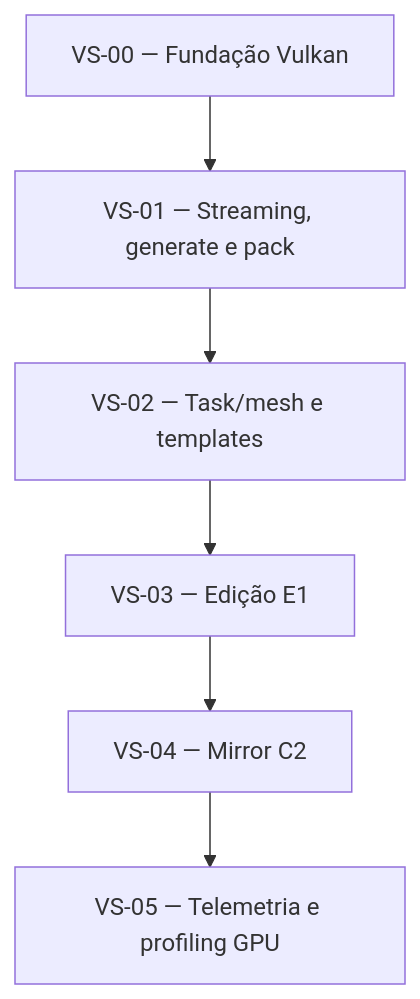
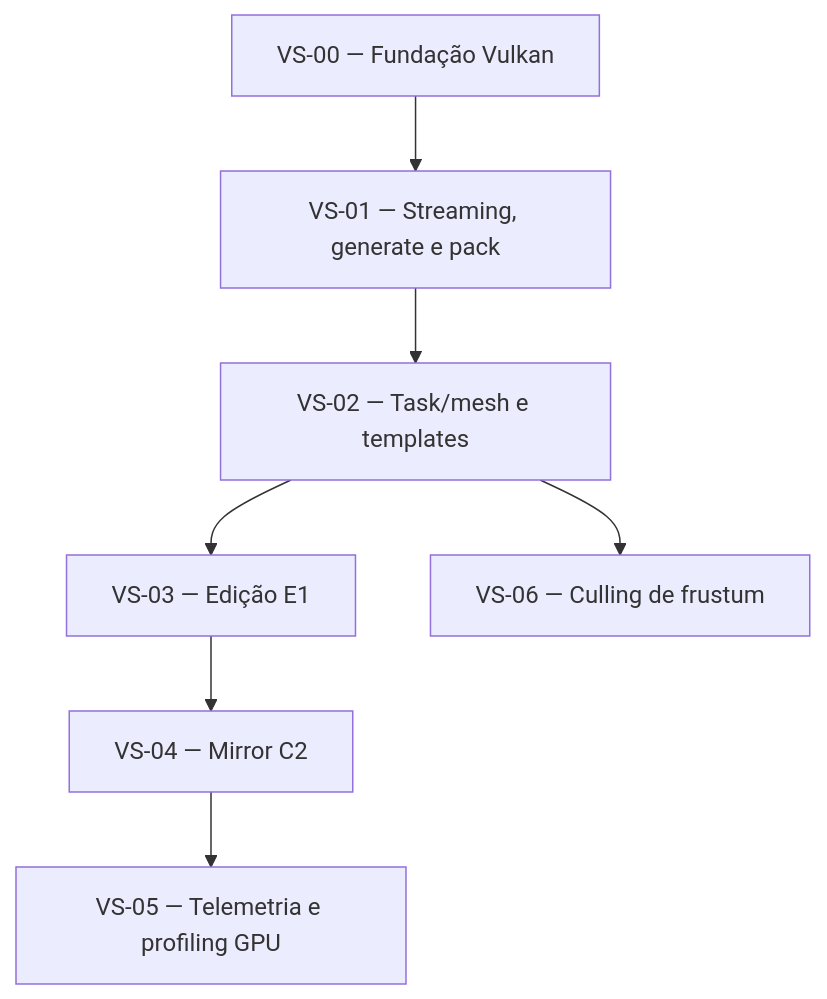
The diagram in docs/obsidian/tracking/dependencias.md (Ruannilton/vox), drawn with Mermaid before and after one commit. The commit also changed other lines of this file and 9 other files, not shown here.

Commit message:
VS-06: culling de frustum por brick no builder

````diff
--- a/docs/obsidian/tracking/dependencias.md
+++ b/docs/obsidian/tracking/dependencias.md
@@ -7,15 +7,17 @@
 ```mermaid
 graph TD
     VS00[VS-00 — Fundação Vulkan]
     VS01[VS-01 — Streaming, generate e pack]
     VS02[VS-02 — Task/mesh e templates]
     VS03[VS-03 — Edição E1]
     VS04[VS-04 — Mirror C2]
     VS05[VS-05 — Telemetria e profiling GPU]
+    VS06[VS-06 — Culling de frustum]
 
     VS00 --> VS01
     VS01 --> VS02
     VS02 --> VS03
     VS03 --> VS04
     VS04 --> VS05
+    VS02 --> VS06
 ```
````
